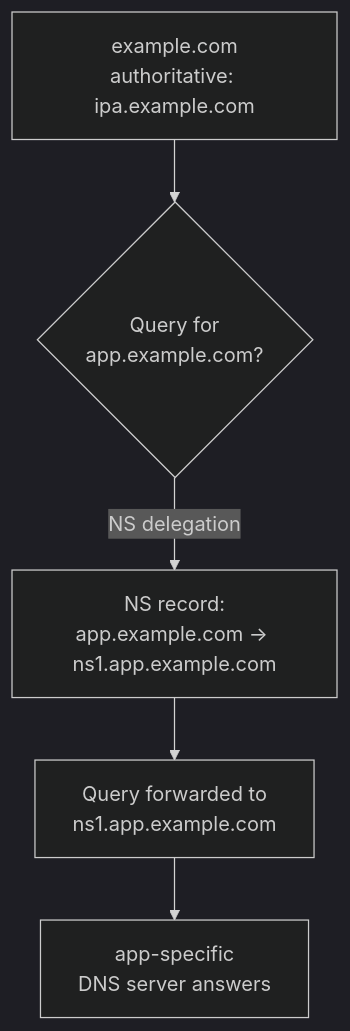
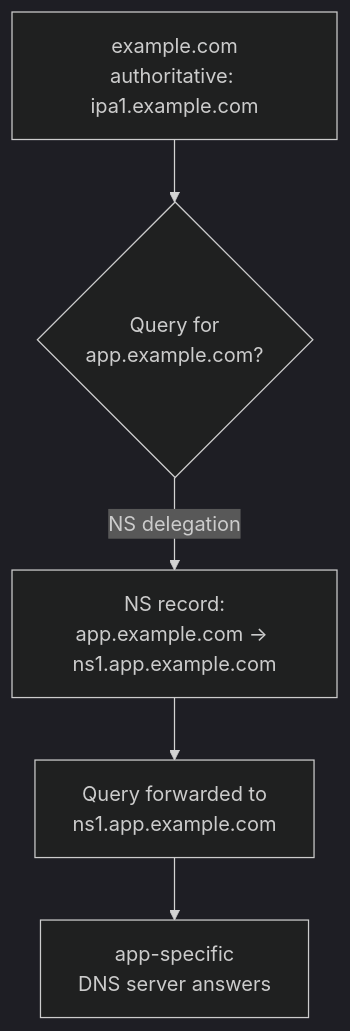
Before and after one commit to UncleJS/course_FreeIPA: the fifth of 8 diagrams in 06_dns_dnssec.md, drawn with Mermaid (dark theme). The commit also changed other lines of this file and 22 other files, not shown here.

````diff
--- a/06_dns_dnssec.md
+++ b/06_dns_dnssec.md
@@ -330,7 +330,7 @@
 ```mermaid
 graph TD
-    A[example.com\nauthoritative: ipa.example.com] --> B{Query for\napp.example.com?}
+    A[example.com\nauthoritative: ipa1.example.com] --> B{Query for\napp.example.com?}
     B -->|NS delegation| C[NS record:\napp.example.com → ns1.app.example.com]
     C --> D[Query forwarded to\nns1.app.example.com]
     D --> E[app-specific\nDNS server answers]
 ```
````
